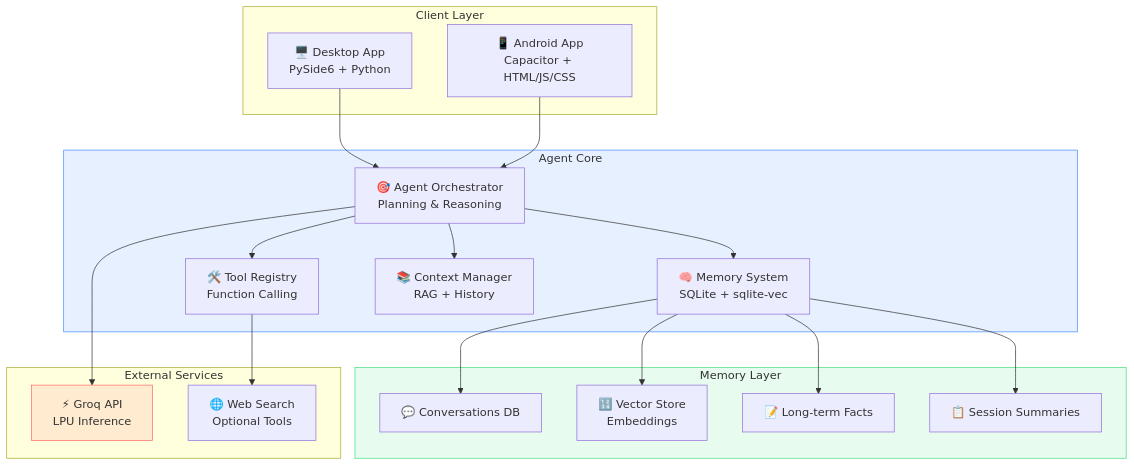
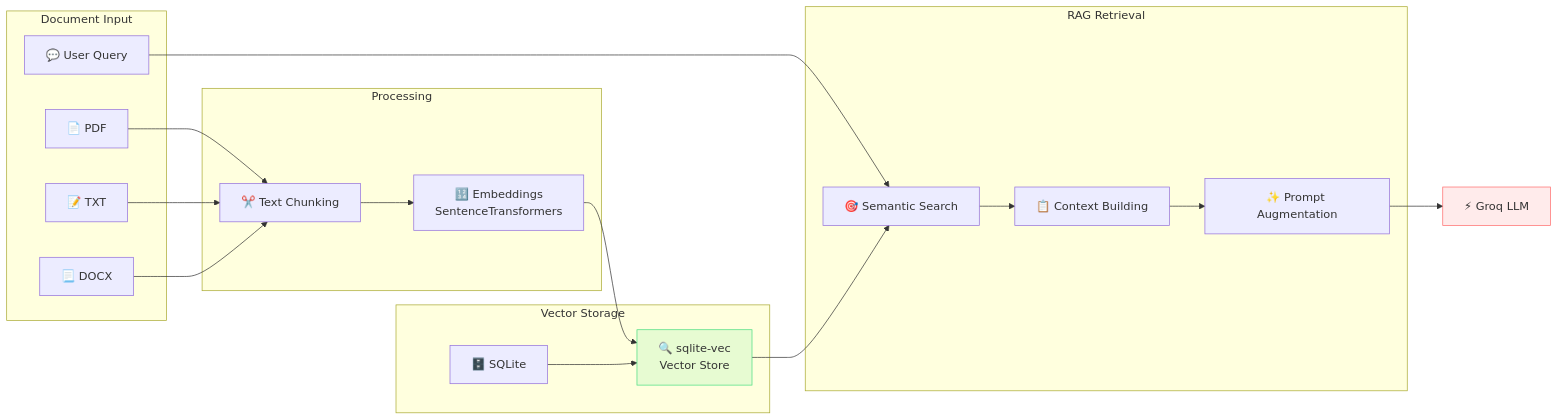
One commit to rhasan2026g-cell/GroqChatbot changed the first of 2 diagrams in README.md. Above: the diagram before and after it, drawn with Mermaid. The commit also changed other lines of this file and 4 other files, not shown here.

Commit message:
Add RAG system and AI generation capabilities

````diff
--- a/README.md
+++ b/README.md
@@ -61,42 +67,41 @@
 ```mermaid
-graph TB
-    subgraph Client["Client Layer"]
-        Desktop["🖥️ Desktop App<br/>PySide6 + Python"]
-        Android["📱 Android App<br/>Capacitor + HTML/JS/CSS"]
+graph LR
+    subgraph Input["Document Input"]
+        PDF["📄 PDF"]
+        TXT["📝 TXT"]
+        DOCX["📃 DOCX"]
+        User["💬 User Query"]
     end
     
-    subgraph AgentCore["Agent Core"]
-        Orchestrator["🎯 Agent Orchestrator<br/>Planning & Reasoning"]
-        Memory["🧠 Memory System<br/>SQLite + sqlite-vec"]
-        Tools["🛠️ Tool Registry<br/>Function Calling"]
-        Context["📚 Context Manager<br/>RAG + History"]
+    subgraph Processing["Processing"]
+        Chunk["✂️ Text Chunking"]
+        Embed["🔢 Embeddings<br/>SentenceTransformers"]
     end
     
-    subgraph MemoryLayer["Memory Layer"]
-        Conversations["💬 Conversations DB"]
-        Vectors["🔢 Vector Store<br/>Embeddings"]
-        Facts["📝 Long-term Facts"]
-        Summaries["📋 Session Summaries"]
+    subgraph Storage["Vector Storage"]
+        SQLite["🗄️ SQLite"]
+        VecDB["🔍 sqlite-vec<br/>Vector Store"]
     end
     
-    subgraph External["External Services"]
-        Groq["⚡ Groq API<br/>LPU Inference"]
-        Web["🌐 Web Search<br/>Optional Tools"]
+    subgraph Retrieval["RAG Retrieval"]
+        Search["🎯 Semantic Search"]
+        Context["📋 Context Building"]
+        Augment["✨ Prompt Augmentation"]
     end
     
-    Desktop --> Orchestrator
-    Android --> Orchestrator
-    Orchestrator --> Memory
-    Orchestrator --> Tools
-    Orchestrator --> Context
-    Memory --> Conversations
-    Memory --> Vectors
-    Memory --> Facts
-    Memory --> Summaries
-    Orchestrator --> Groq
-    Tools --> Web
+    PDF --> Chunk
+    TXT --> Chunk
+    DOCX --> Chunk
+    Chunk --> Embed
+    Embed --> VecDB
+    SQLite --> VecDB
     
-    style AgentCore fill:#4c8dff22,stroke:#4c8dff
-    style MemoryLayer fill:#4ade8022,stroke:#4ade80
-    style Groq fill:#ff6b6b22,stroke:#ff6b6b
+    User --> Search
+    VecDB --> Search
+    Search --> Context
+    Context --> Augment
+    Augment --> LLM["⚡ Groq LLM"]
+    
+    style VecDB fill:#4ade8022,stroke:#4ade80
+    style LLM fill:#ff6b6b22,stroke:#ff6b6b
 ```
````
